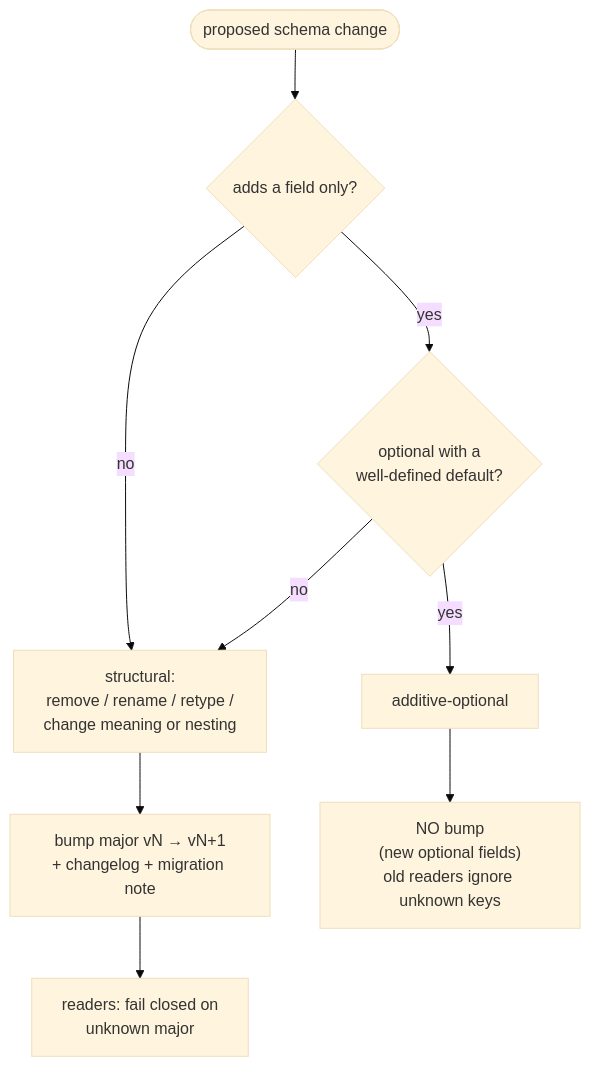
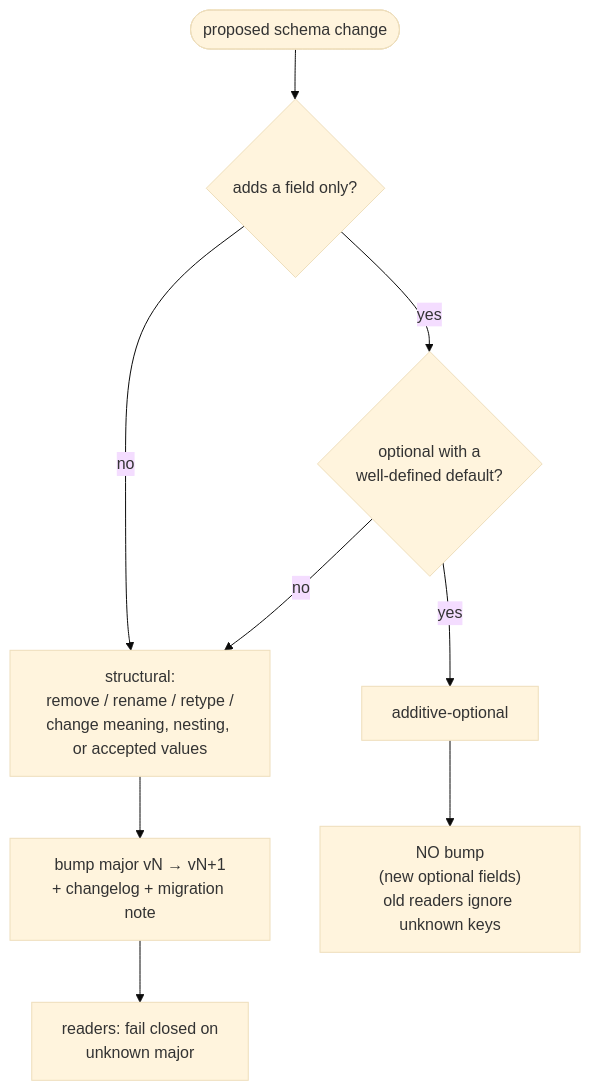
One commit to microsoft/RAMPART changed the diagram in docs/concepts/trace-schema.md. Above: the diagram before and after it, drawn with Mermaid (base theme). The commit also changed other lines of this file and 41 other files, not shown here.

````diff
--- a/docs/concepts/trace-schema.md
+++ b/docs/concepts/trace-schema.md
@@ -216,11 +237,11 @@
 ```mermaid
 flowchart TD
     change([proposed schema change]) --> q1{"adds a field only?"}
-    q1 -- no --> struct["structural:<br/>remove / rename / retype /<br/>change meaning or nesting"]
+    q1 -- no --> struct["structural:<br/>remove / rename / retype /<br/>change meaning, nesting, or accepted values"]
     q1 -- yes --> q2{"optional with a<br/>well-defined default?"}
     q2 -- no --> struct
     q2 -- yes --> add["additive-optional"]
     add --> nobump["NO bump<br/>(new optional fields)<br/>old readers ignore unknown keys"]
     struct --> bump["bump major vN → vN+1<br/>+ changelog + migration note"]
     bump --> reader["readers: fail closed on<br/>unknown major"]
 ```
````
